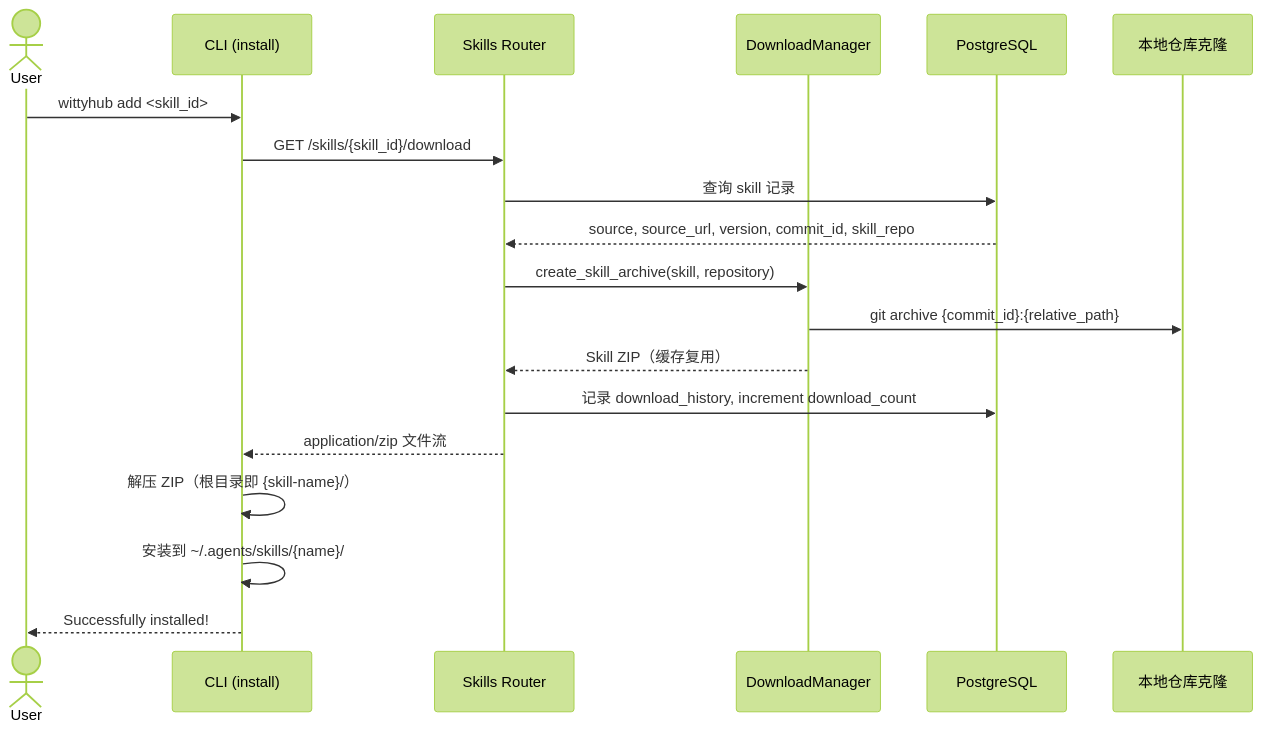
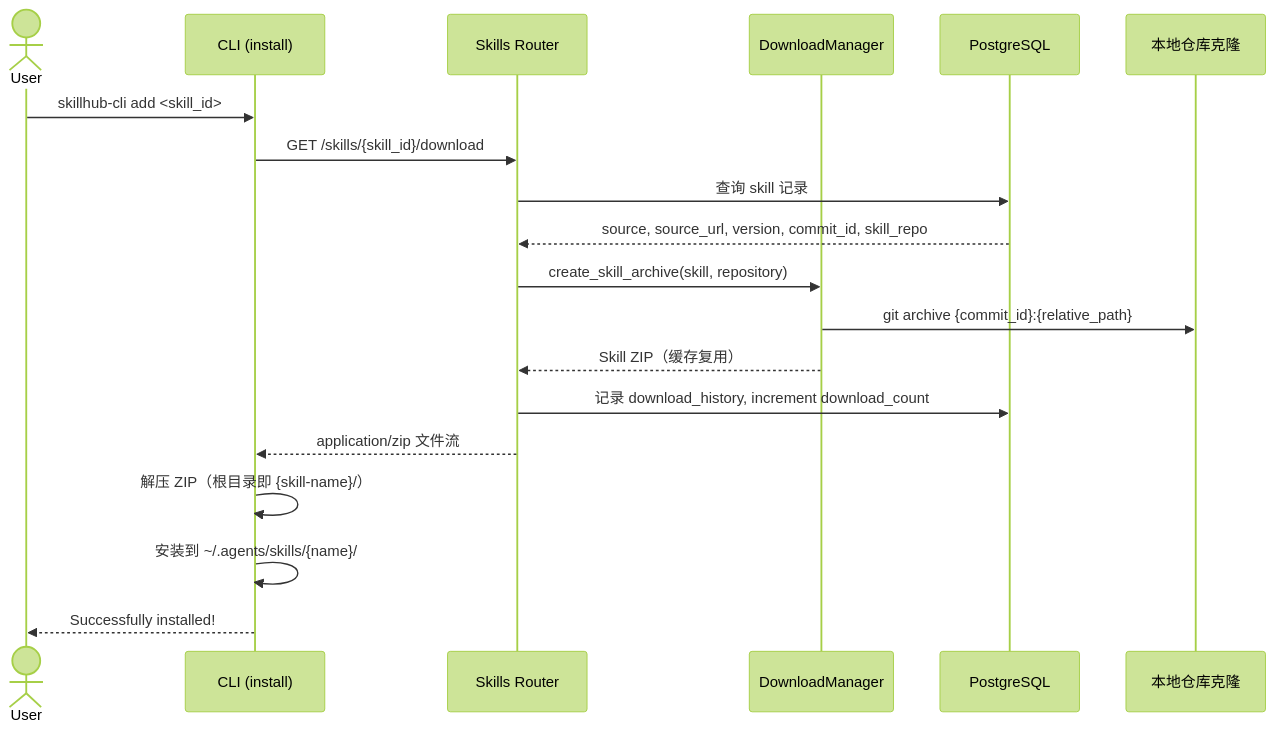
Before and after one commit to openeuler-mirror/skillhub: the seventh of 9 diagrams in doc/design/wittyhub-implementation-plan.md, drawn with Mermaid (forest theme). The commit also changed other lines of this file and 26 other files, not shown here.

First line of the commit message:
chore: 将项目从 wittyhub 更名为 skillhub

````diff
--- a/doc/design/wittyhub-implementation-plan.md
+++ b/doc/design/wittyhub-implementation-plan.md
@@ -619,24 +619,24 @@
 ```mermaid
 sequenceDiagram
     actor User
     participant CLI as CLI (install)
     participant API as Skills Router
     participant DM as DownloadManager
     participant PG as PostgreSQL
     participant REPO as 本地仓库克隆
 
-    User->>CLI: wittyhub add <skill_id>
+    User->>CLI: skillhub-cli add <skill_id>
 
     CLI->>API: GET /skills/{skill_id}/download
     API->>PG: 查询 skill 记录
     PG-->>API: source, source_url, version, commit_id, skill_repo
     API->>DM: create_skill_archive(skill, repository)
     DM->>REPO: git archive {commit_id}:{relative_path}
     DM-->>API: Skill ZIP（缓存复用）
     API->>PG: 记录 download_history, increment download_count
     API-->>CLI: application/zip 文件流
 
     CLI->>CLI: 解压 ZIP（根目录即 {skill-name}/）
     CLI->>CLI: 安装到 ~/.agents/skills/{name}/
     CLI-->>User: Successfully installed!
 ```
````
